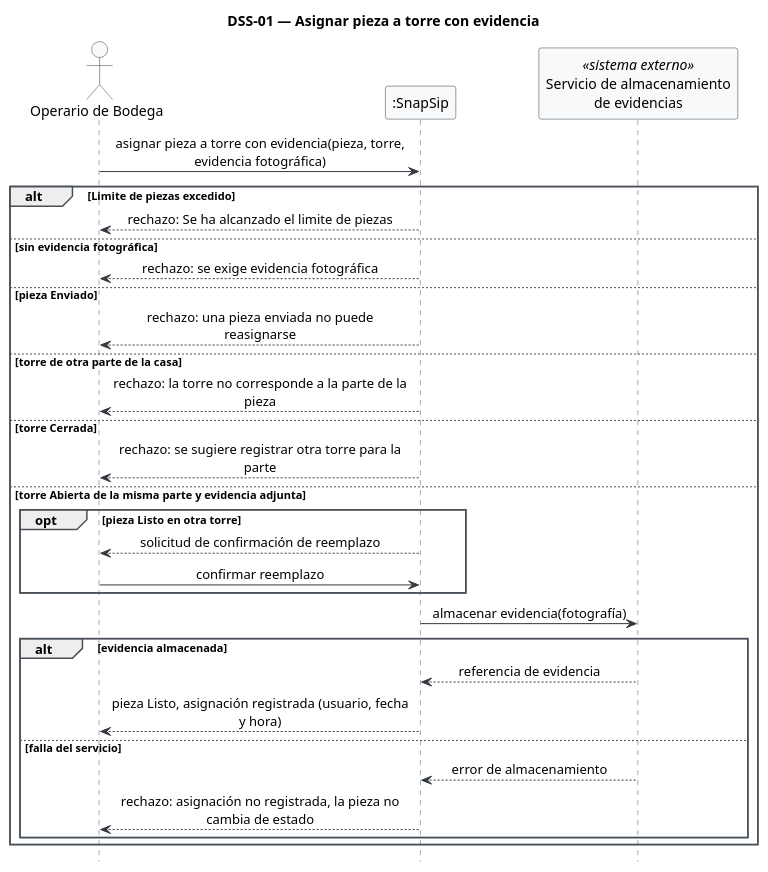
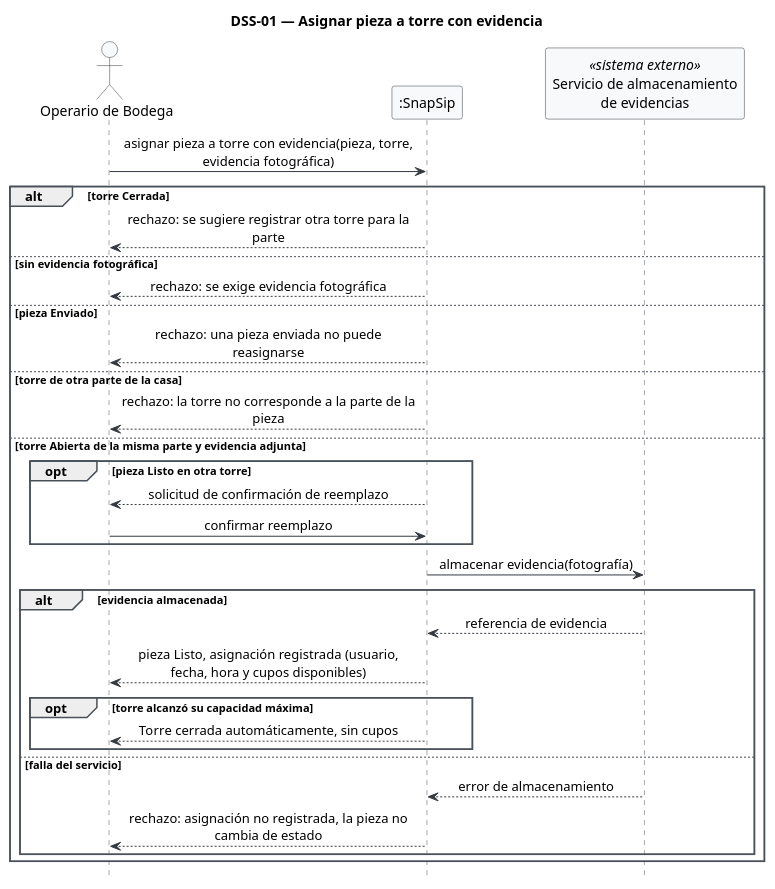
One commit to Foyzen-Kaze/snapsip changed the diagram in diagramas/dss-01.puml. Above: the diagram before and after it, drawn with PlantUML. The commit also changed 5 other files, not shown here.

Commit message:
Correccion de diagramas y sus tablas

```diff
--- a/diagramas/dss-01.puml
+++ b/diagramas/dss-01.puml
@@ -1,48 +1,50 @@
 @startuml dss-01
 title DSS-01 — Asignar pieza a torre con evidencia
 hide footbox
 skinparam shadowing false
 skinparam sequenceMessageAlign center
 skinparam maxMessageSize 300
 skinparam sequence {
   ArrowColor #343A40
   LifeLineBorderColor #495057
   ParticipantBackgroundColor #F8F9FA
   ParticipantBorderColor #343A40
   ActorBackgroundColor #F8F9FA
   ActorBorderColor #343A40
   GroupBorderColor #495057
 }
 
 actor "Operario de Bodega" as OP
 participant ":SnapSip" as SS
 participant "Servicio de almacenamiento\nde evidencias" as ALM <<sistema externo>>
 
 
 OP -> SS : asignar pieza a torre con evidencia(pieza, torre, evidencia fotográfica)
 
-alt Limite de piezas excedido
-  SS --> OP : rechazo: Se ha alcanzado el limite de piezas
+alt torre Cerrada
+  SS --> OP : rechazo: se sugiere registrar otra torre para la parte
 else sin evidencia fotográfica
   SS --> OP : rechazo: se exige evidencia fotográfica
 else pieza Enviado
   SS --> OP : rechazo: una pieza enviada no puede reasignarse
 else torre de otra parte de la casa
   SS --> OP : rechazo: la torre no corresponde a la parte de la pieza
-else torre Cerrada
-  SS --> OP : rechazo: se sugiere registrar otra torre para la parte
+
 else torre Abierta de la misma parte y evidencia adjunta
   opt pieza Listo en otra torre
     SS --> OP : solicitud de confirmación de reemplazo
     OP -> SS : confirmar reemplazo
   end
   SS -> ALM : almacenar evidencia(fotografía)
   alt evidencia almacenada
     ALM --> SS : referencia de evidencia
-    SS --> OP : pieza Listo, asignación registrada (usuario, fecha y hora)
+    SS --> OP : pieza Listo, asignación registrada (usuario, fecha, hora y cupos disponibles)
+opt torre alcanzó su capacidad máxima
+   SS --> OP : Torre cerrada automáticamente, sin cupos
+   end
   else falla del servicio
     ALM --> SS : error de almacenamiento
     SS --> OP : rechazo: asignación no registrada, la pieza no cambia de estado
   end
 end
 @enduml
```
